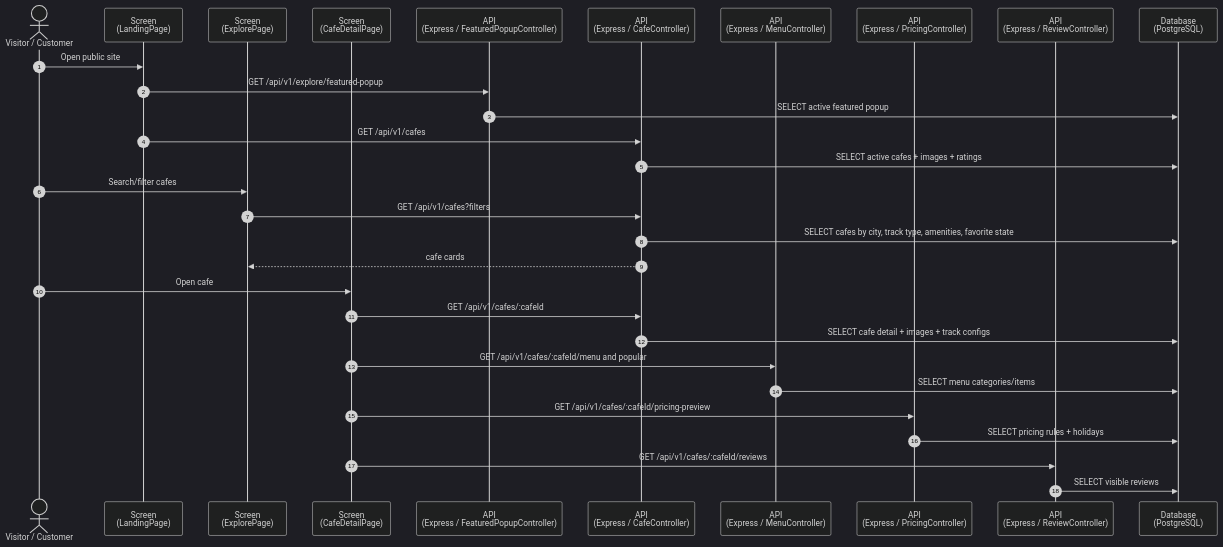
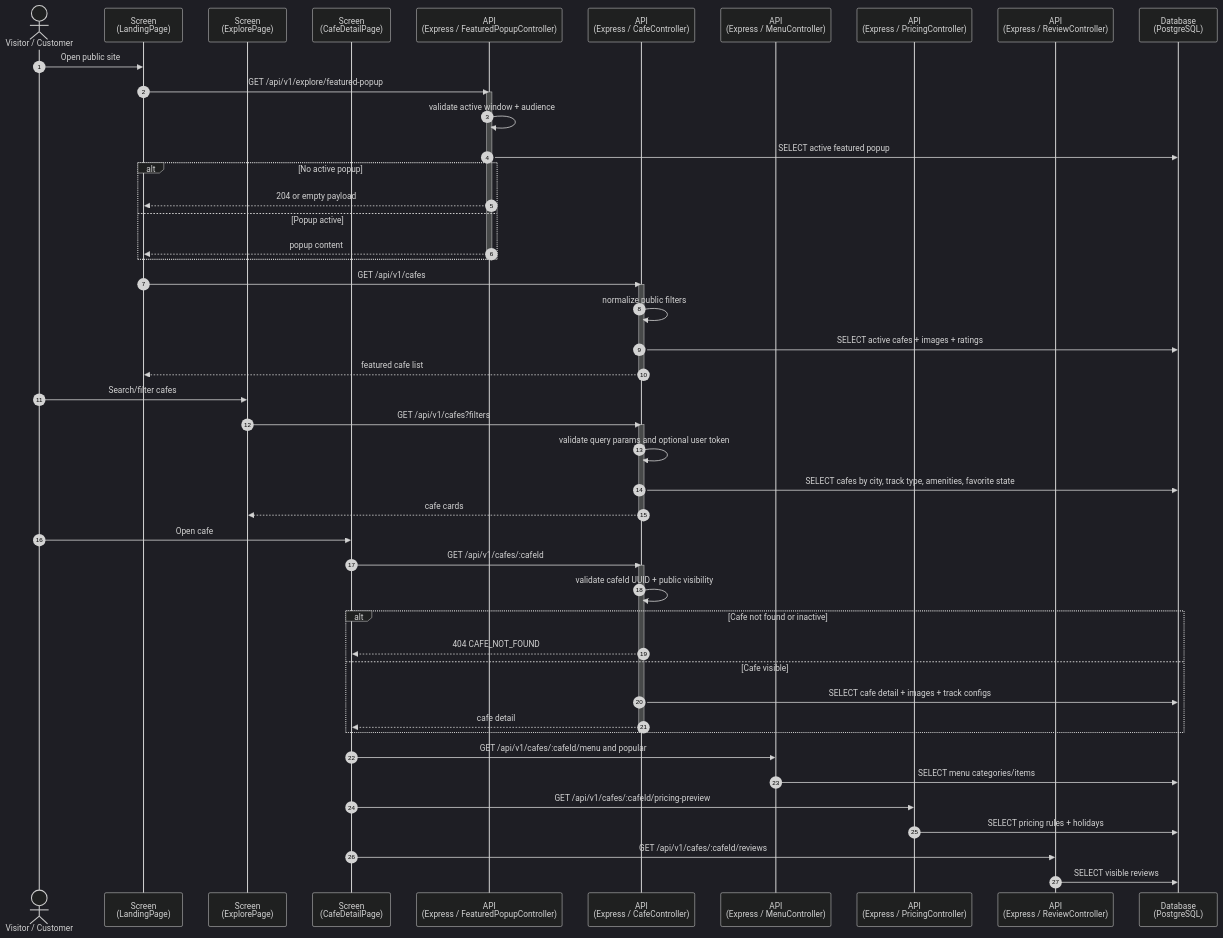
One commit to RCField-SEP490/rcfield-spec changed the first of 7 diagrams in docs/diagrams/sequence/sequence-flow-customer-public-operations.md. Above: the diagram before and after it, drawn with Mermaid (dark theme). The commit also changed other lines of this file and 101 other files, not shown here.

````diff
--- a/docs/diagrams/sequence/sequence-flow-customer-public-operations.md
+++ b/docs/diagrams/sequence/sequence-flow-customer-public-operations.md
@@ -11,35 +11,58 @@
 ```mermaid
 sequenceDiagram
     autonumber
     actor U as Visitor / Customer
     participant Home as Screen<br/>(LandingPage)
     participant Explore as Screen<br/>(ExplorePage)
     participant CafeDetail as Screen<br/>(CafeDetailPage)
     participant PopupAPI as API<br/>(Express / FeaturedPopupController)
     participant CafeAPI as API<br/>(Express / CafeController)
     participant MenuAPI as API<br/>(Express / MenuController)
     participant PriceAPI as API<br/>(Express / PricingController)
     participant ReviewAPI as API<br/>(Express / ReviewController)
     participant DB as Database<br/>(PostgreSQL)
 
     U->>Home: Open public site
     Home->>PopupAPI: GET /api/v1/explore/featured-popup
+    activate PopupAPI
+    PopupAPI->>PopupAPI: validate active window + audience
     PopupAPI->>DB: SELECT active featured popup
+    alt No active popup
+        PopupAPI-->>Home: 204 or empty payload
+    else Popup active
+        PopupAPI-->>Home: popup content
+    end
+    deactivate PopupAPI
     Home->>CafeAPI: GET /api/v1/cafes
+    activate CafeAPI
+    CafeAPI->>CafeAPI: normalize public filters
     CafeAPI->>DB: SELECT active cafes + images + ratings
+    CafeAPI-->>Home: featured cafe list
+    deactivate CafeAPI
 
     U->>Explore: Search/filter cafes
     Explore->>CafeAPI: GET /api/v1/cafes?filters
+    activate CafeAPI
+    CafeAPI->>CafeAPI: validate query params and optional user token
     CafeAPI->>DB: SELECT cafes by city, track type, amenities, favorite state
     CafeAPI-->>Explore: cafe cards
+    deactivate CafeAPI
 
     U->>CafeDetail: Open cafe
     CafeDetail->>CafeAPI: GET /api/v1/cafes/:cafeId
+    activate CafeAPI
+    CafeAPI->>CafeAPI: validate cafeId UUID + public visibility
+    alt Cafe not found or inactive
+        CafeAPI-->>CafeDetail: 404 CAFE_NOT_FOUND
+    else Cafe visible
     CafeAPI->>DB: SELECT cafe detail + images + track configs
+    CafeAPI-->>CafeDetail: cafe detail
+    end
+    deactivate CafeAPI
     CafeDetail->>MenuAPI: GET /api/v1/cafes/:cafeId/menu and popular
     MenuAPI->>DB: SELECT menu categories/items
     CafeDetail->>PriceAPI: GET /api/v1/cafes/:cafeId/pricing-preview
     PriceAPI->>DB: SELECT pricing rules + holidays
     CafeDetail->>ReviewAPI: GET /api/v1/cafes/:cafeId/reviews
     ReviewAPI->>DB: SELECT visible reviews
 ```
````
